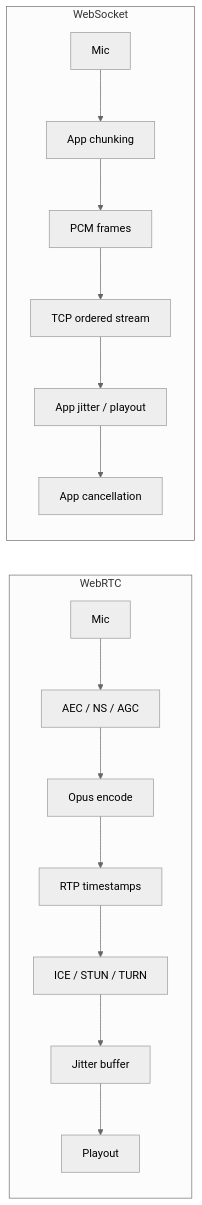
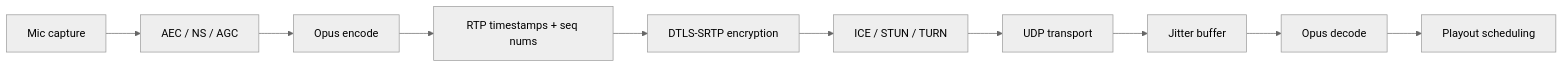
The first of 3 diagrams in presentations/voice-agents/research/insights/INSIGHT_05_transport_is_media_correctness.md (emilwareus/addcommitpush.io), drawn with Mermaid (neutral theme) before and after one commit. The commit also changed other lines of this file and 20 other files, not shown here.

````diff
--- a/presentations/voice-agents/research/insights/INSIGHT_05_transport_is_media_correctness.md
+++ b/presentations/voice-agents/research/insights/INSIGHT_05_transport_is_media_correctness.md
@@ -96,18 +322,12 @@
 ```mermaid
 flowchart LR
-  subgraph WebRTC
-    A1[Mic] --> A2[AEC / NS / AGC]
-    A2 --> A3[Opus encode]
-    A3 --> A4[RTP timestamps]
-    A4 --> A5[ICE / STUN / TURN]
-    A5 --> A6[Jitter buffer]
-    A6 --> A7[Playout]
-  end
-  subgraph WebSocket
-    B1[Mic] --> B2[App chunking]
-    B2 --> B3[PCM frames]
-    B3 --> B4[TCP ordered stream]
-    B4 --> B5[App jitter / playout]
-    B5 --> B6[App cancellation]
-  end
+  A1[Mic capture] --> A2[AEC / NS / AGC]
+  A2 --> A3[Opus encode]
+  A3 --> A4[RTP timestamps + seq nums]
+  A4 --> A5[DTLS-SRTP encryption]
+  A5 --> A6[ICE / STUN / TURN]
+  A6 --> A7[UDP transport]
+  A7 --> A8[Jitter buffer]
+  A8 --> A9[Opus decode]
+  A9 --> A10[Playout scheduling]
 ```
````
